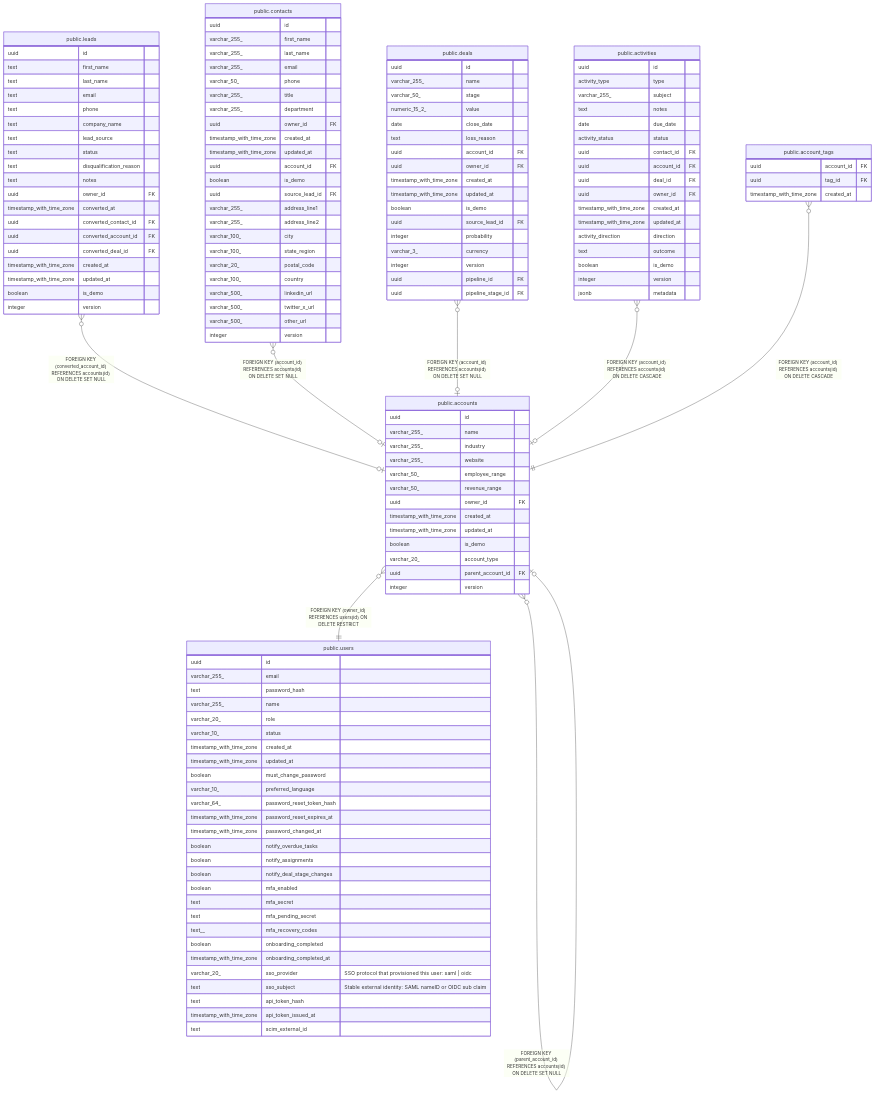
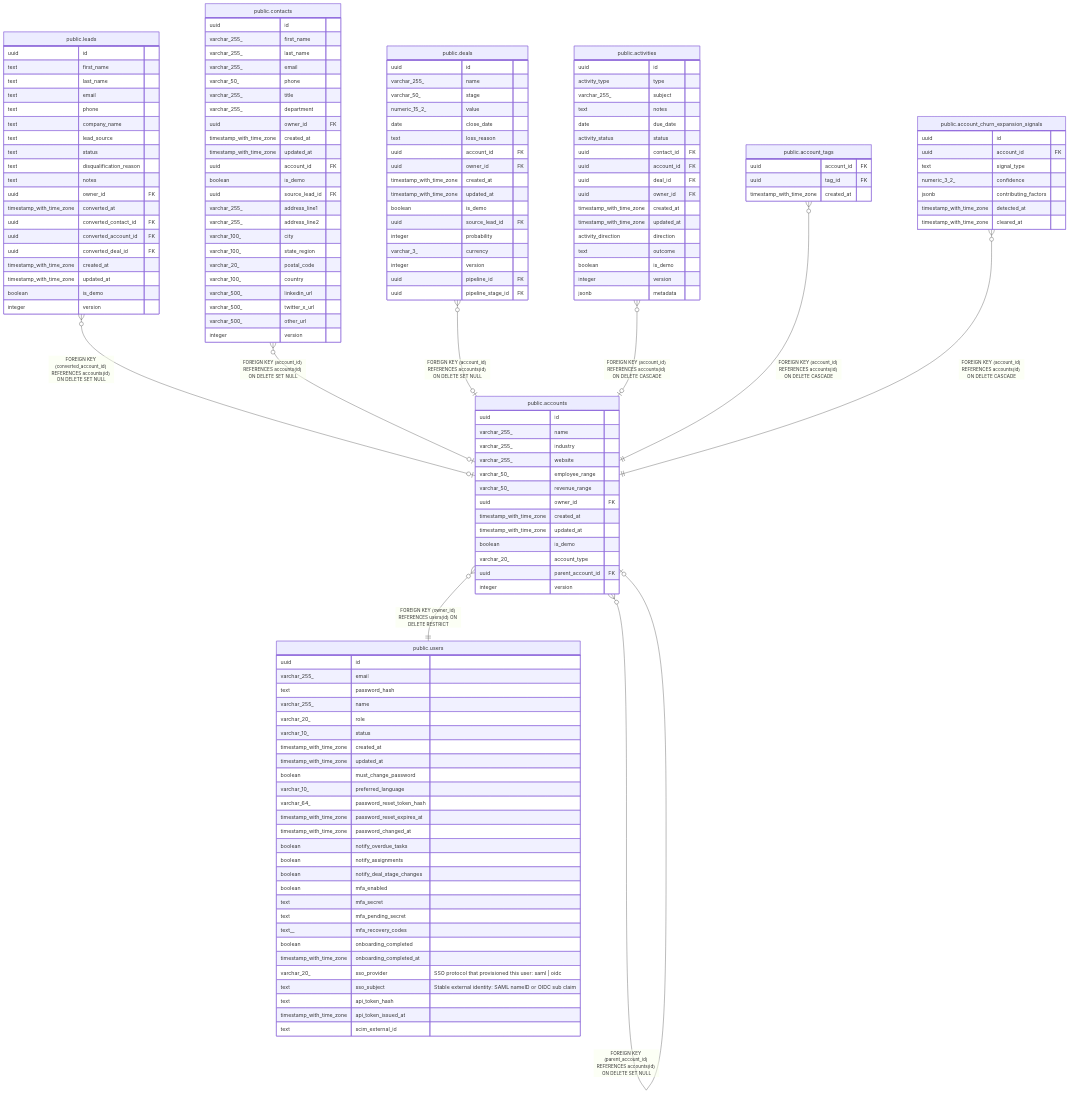
Before and after one commit to rkseattle/minicrm: the diagram in docs/schema/public.accounts.md, drawn with Mermaid. The commit also changed other lines of this file and 22 other files, not shown here.

```diff
--- a/docs/schema/public.accounts.md
+++ b/docs/schema/public.accounts.md
@@ -53,6 +53,7 @@
 "public.deals" }o--o| "public.accounts" : "FOREIGN KEY (account_id) REFERENCES accounts(id) ON DELETE SET NULL"
 "public.activities" }o--o| "public.accounts" : "FOREIGN KEY (account_id) REFERENCES accounts(id) ON DELETE CASCADE"
 "public.account_tags" }o--|| "public.accounts" : "FOREIGN KEY (account_id) REFERENCES accounts(id) ON DELETE CASCADE"
+"public.account_churn_expansion_signals" }o--|| "public.accounts" : "FOREIGN KEY (account_id) REFERENCES accounts(id) ON DELETE CASCADE"
 "public.accounts" }o--|| "public.users" : "FOREIGN KEY (owner_id) REFERENCES users(id) ON DELETE RESTRICT"
 
 "public.accounts" {
@@ -159,6 +160,15 @@
   uuid tag_id FK ""
   timestamp_with_time_zone created_at ""
 }
+"public.account_churn_expansion_signals" {
+  uuid id ""
+  uuid account_id FK ""
+  text signal_type ""
+  numeric_3_2_ confidence ""
+  jsonb contributing_factors ""
+  timestamp_with_time_zone detected_at ""
+  timestamp_with_time_zone cleared_at ""
+}
 "public.users" {
   uuid id ""
   varchar_255_ email ""
```
